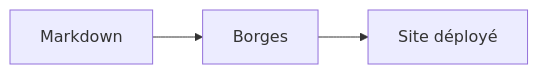
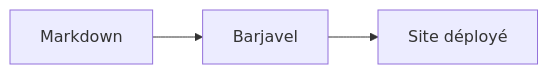
Before and after one commit to Herzaristide/barjavel: the diagram in content/guide.md, drawn with Mermaid. The commit also changed 86 other files, not shown here.

````diff
--- a/content/guide.md
+++ b/content/guide.md
@@ -58,5 +58,5 @@
 ```mermaid
 flowchart LR
-  A[Markdown] --> B[Borges]
+  A[Markdown] --> B[Barjavel]
   B --> C[Site déployé]
 ```
````
